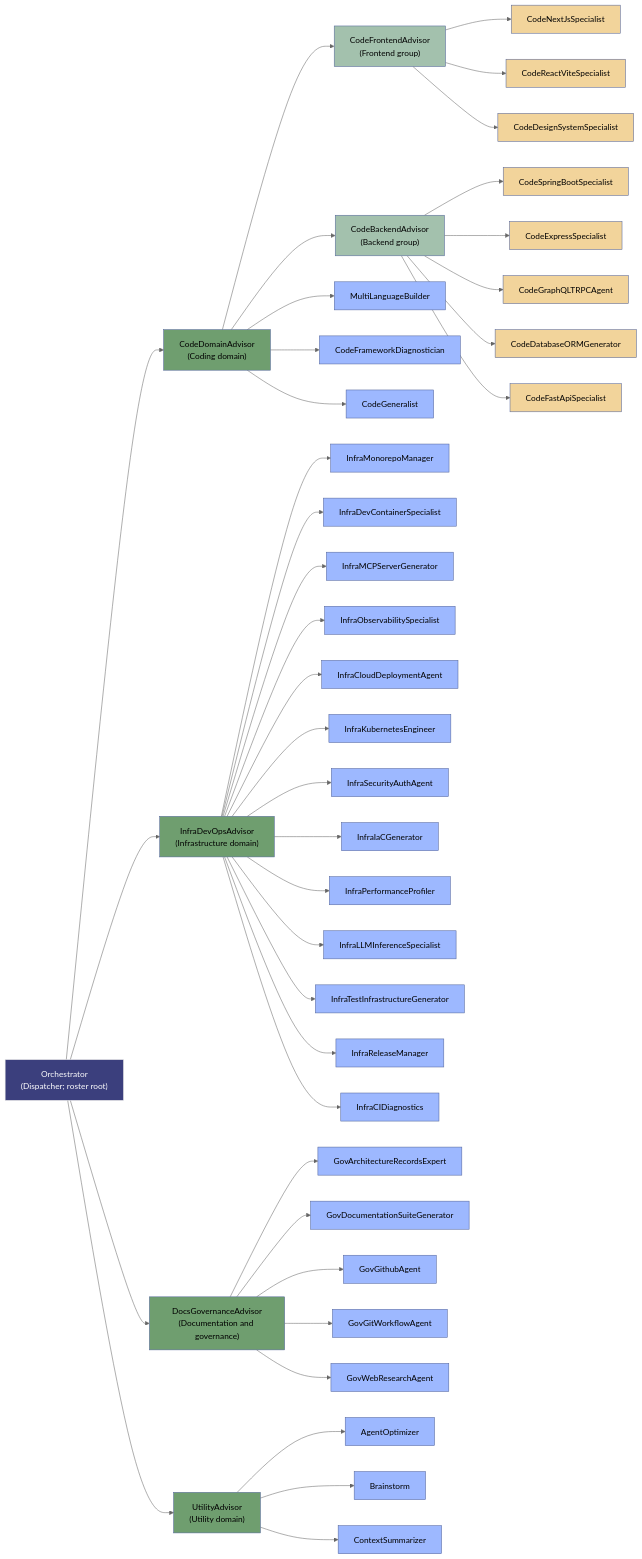
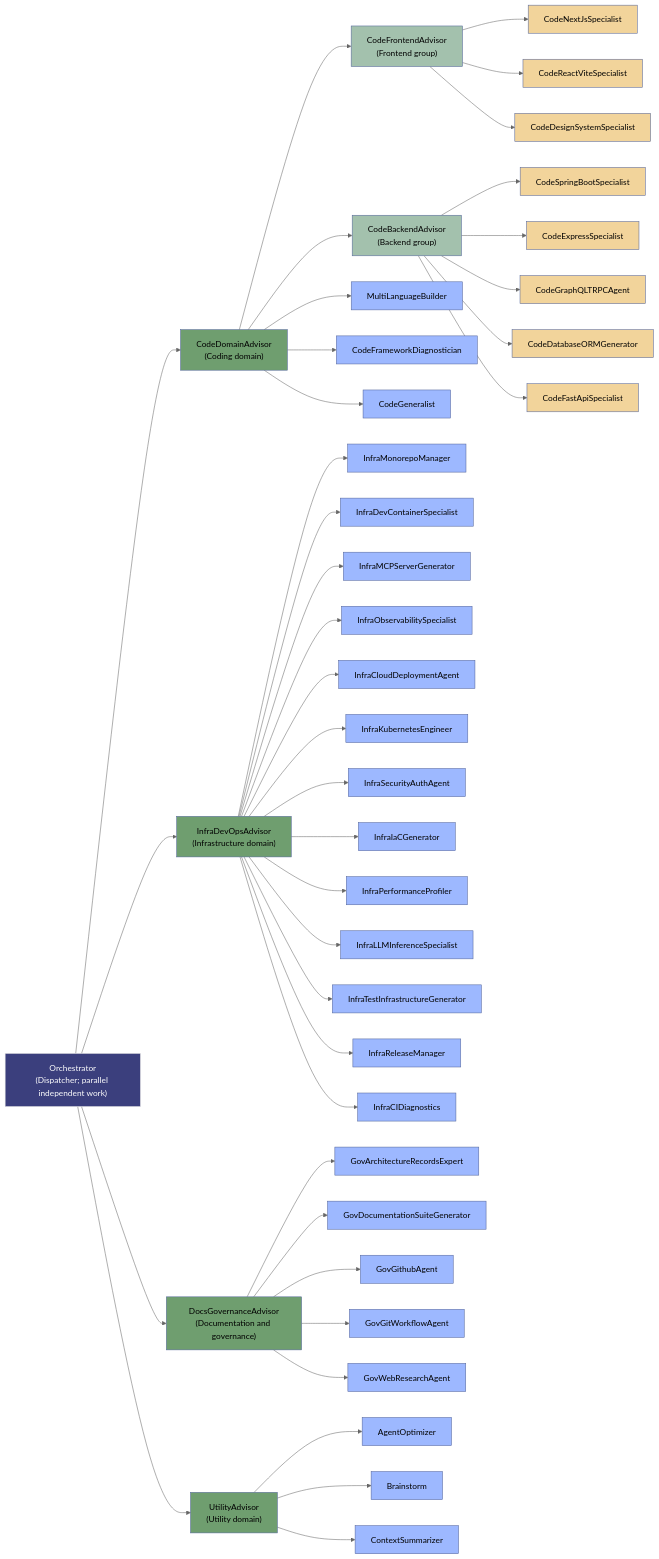
The second of 2 diagrams in README.md (UtopikPrompt/agents), drawn with Mermaid (neutral theme) before and after one commit. The commit also changed other lines of this file and 3 other files, not shown here.

````diff
--- a/README.md
+++ b/README.md
@@ -80,59 +84,59 @@
 ```mermaid
 flowchart LR
-    O["Orchestrator<br/>(Dispatcher; roster root)"]
+    O["Orchestrator<br/>(Dispatcher; parallel independent work)"]
     O --> CodeDomainAdvisor["CodeDomainAdvisor<br/>(Coding domain)"]
     O --> InfraDevOpsAdvisor["InfraDevOpsAdvisor<br/>(Infrastructure domain)"]
     O --> DocsGovernanceAdvisor["DocsGovernanceAdvisor<br/>(Documentation and governance)"]
     O --> UtilityAdvisor["UtilityAdvisor<br/>(Utility domain)"]
     CodeDomainAdvisor --> CodeFrontendAdvisor["CodeFrontendAdvisor<br/>(Frontend group)"]
     CodeDomainAdvisor --> CodeBackendAdvisor["CodeBackendAdvisor<br/>(Backend group)"]
     CodeDomainAdvisor --> MultiLanguageBuilder["MultiLanguageBuilder"]
     CodeDomainAdvisor --> CodeFrameworkDiagnostician["CodeFrameworkDiagnostician"]
     CodeDomainAdvisor --> CodeGeneralist["CodeGeneralist"]
 
     CodeFrontendAdvisor --> CodeNextJsSpecialist["CodeNextJsSpecialist"]
     CodeFrontendAdvisor --> CodeReactViteSpecialist["CodeReactViteSpecialist"]
     CodeFrontendAdvisor --> CodeDesignSystemSpecialist["CodeDesignSystemSpecialist"]
 
     CodeBackendAdvisor --> CodeSpringBootSpecialist["CodeSpringBootSpecialist"]
     CodeBackendAdvisor --> CodeExpressSpecialist["CodeExpressSpecialist"]
     CodeBackendAdvisor --> CodeGraphQLTRPCAgent["CodeGraphQLTRPCAgent"]
     CodeBackendAdvisor --> CodeDatabaseORMGenerator["CodeDatabaseORMGenerator"]
     CodeBackendAdvisor --> CodeFastApiSpecialist["CodeFastApiSpecialist"]
 
     InfraDevOpsAdvisor --> InfraMonorepoManager["InfraMonorepoManager"]
     InfraDevOpsAdvisor --> InfraDevContainerSpecialist["InfraDevContainerSpecialist"]
     InfraDevOpsAdvisor --> InfraMCPServerGenerator["InfraMCPServerGenerator"]
     InfraDevOpsAdvisor --> InfraObservabilitySpecialist["InfraObservabilitySpecialist"]
     InfraDevOpsAdvisor --> InfraCloudDeploymentAgent["InfraCloudDeploymentAgent"]
     InfraDevOpsAdvisor --> InfraKubernetesEngineer["InfraKubernetesEngineer"]
     InfraDevOpsAdvisor --> InfraSecurityAuthAgent["InfraSecurityAuthAgent"]
     InfraDevOpsAdvisor --> InfraIaCGenerator["InfraIaCGenerator"]
     InfraDevOpsAdvisor --> InfraPerformanceProfiler["InfraPerformanceProfiler"]
     InfraDevOpsAdvisor --> InfraLLMInferenceSpecialist["InfraLLMInferenceSpecialist"]
     InfraDevOpsAdvisor --> InfraTestInfrastructureGenerator["InfraTestInfrastructureGenerator"]
     InfraDevOpsAdvisor --> InfraReleaseManager["InfraReleaseManager"]
     InfraDevOpsAdvisor --> InfraCIDiagnostics["InfraCIDiagnostics"]
 
     DocsGovernanceAdvisor --> GovArchitectureRecordsExpert["GovArchitectureRecordsExpert"]
     DocsGovernanceAdvisor --> GovDocumentationSuiteGenerator["GovDocumentationSuiteGenerator"]
     DocsGovernanceAdvisor --> GovGithubAgent["GovGithubAgent"]
     DocsGovernanceAdvisor --> GovGitWorkflowAgent["GovGitWorkflowAgent"]
     DocsGovernanceAdvisor --> GovWebResearchAgent["GovWebResearchAgent"]
 
     UtilityAdvisor --> AgentOptimizer["AgentOptimizer"]
     UtilityAdvisor --> Brainstorm["Brainstorm"]
     UtilityAdvisor --> ContextSummarizer["ContextSummarizer"]
 
     classDef hub fill:#3b3f7d,stroke:#e0e0e0,color:#fff;
     classDef domainAdvisor fill:#6f9e6f,stroke:#516399,color:#000;
     classDef subdomainAdvisor fill:#a3c1ad,stroke:#516399,color:#000;
     classDef worker fill:#9db8ff,stroke:#516399,color:#000;
     classDef frameworkWorker fill:#f2d49b,stroke:#516399,color:#000;
     
     class O hub;
     class CodeDomainAdvisor,InfraDevOpsAdvisor,DocsGovernanceAdvisor,UtilityAdvisor domainAdvisor;
     class CodeFrontendAdvisor,CodeBackendAdvisor subdomainAdvisor;
     class CodeNextJsSpecialist,CodeReactViteSpecialist,CodeGraphQLTRPCAgent,CodeFastApiSpecialist,CodeExpressSpecialist,CodeSpringBootSpecialist,CodeDatabaseORMGenerator,CodeDesignSystemSpecialist frameworkWorker;
     class AgentOptimizer,Brainstorm,ContextSummarizer,CodeGeneralist,CodeFrameworkDiagnostician,MultiLanguageBuilder,InfraObservabilitySpecialist,InfraMonorepoManager,InfraDevContainerSpecialist,InfraMCPServerGenerator,InfraCloudDeploymentAgent,InfraKubernetesEngineer,InfraSecurityAuthAgent,InfraIaCGenerator,InfraPerformanceProfiler,InfraLLMInferenceSpecialist,InfraTestInfrastructureGenerator,InfraReleaseManager,InfraCIDiagnostics,GovArchitectureRecordsExpert,GovDocumentationSuiteGenerator,GovGithubAgent,GovGitWorkflowAgent,GovWebResearchAgent worker;
 ```
````
